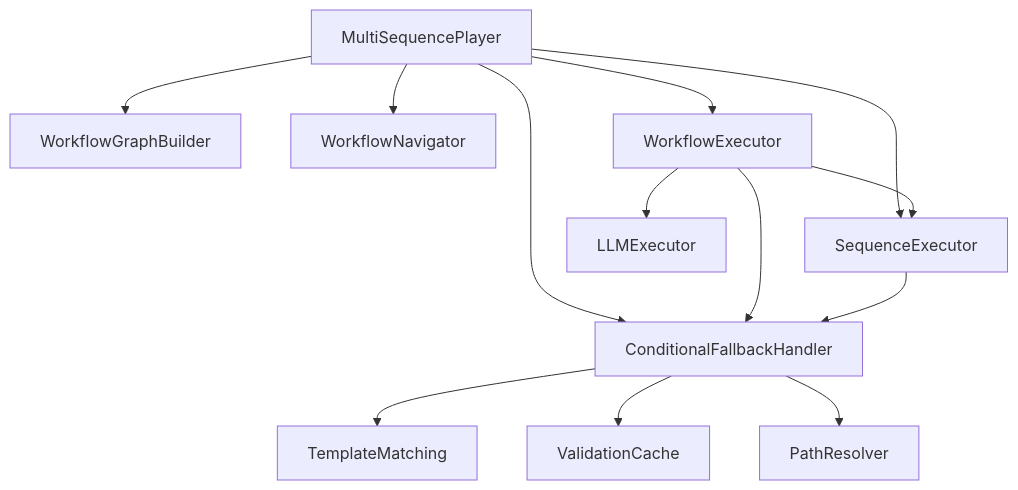
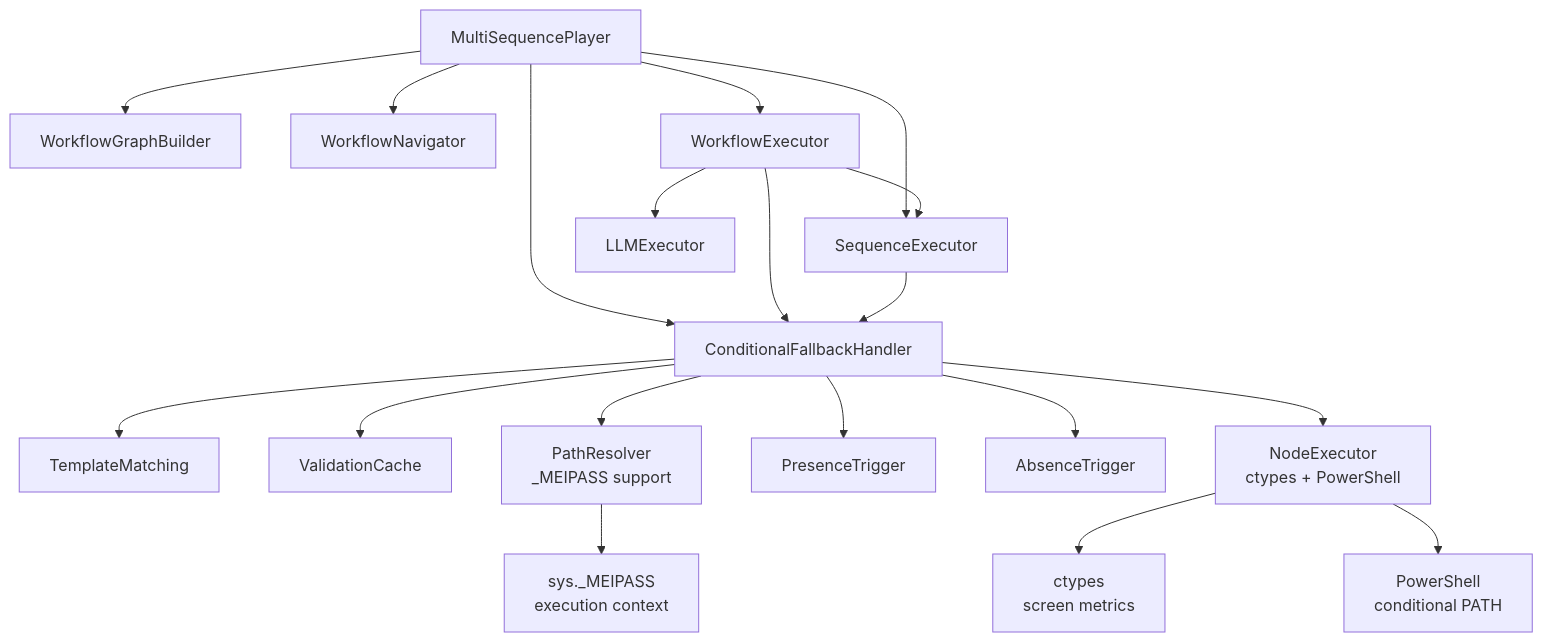
Before and after one commit to RodrigoBenitez343/Arrow: the tenth of 10 diagrams in .qoder/repowiki/en/content/Playback Engine/Multi-Sequence Player.md, drawn with Mermaid. The commit also changed other lines of this file and 53 other files, not shown here.

````diff
--- a/.qoder/repowiki/en/content/Playback Engine/Multi-Sequence Player.md
+++ b/.qoder/repowiki/en/content/Playback Engine/Multi-Sequence Player.md
@@ -299,15 +446,21 @@
 ```mermaid
 graph TB
 MSP["MultiSequencePlayer"] --> WGB["WorkflowGraphBuilder"]
 MSP --> WFN["WorkflowNavigator"]
 MSP --> WFEX["WorkflowExecutor"]
 MSP --> SEQEX["SequenceExecutor"]
 MSP --> CFH["ConditionalFallbackHandler"]
 WFEX --> SEQEX
 WFEX --> CFH
 WFEX --> LLMEX["LLMExecutor"]
 SEQEX --> CFH
 CFH --> TM["TemplateMatching"]
 CFH --> VC["ValidationCache"]
-CFH --> PR["PathResolver"]
+CFH --> PR["PathResolver<br/>_MEIPASS support"]
+CFH --> PT["PresenceTrigger"]
+CFH --> AT["AbsenceTrigger"]
+CFH --> NE["NodeExecutor<br/>ctypes + PowerShell"]
+PR --> SYS["sys._MEIPASS<br/>execution context"]
+NE --> CTYPES["ctypes<br/>screen metrics"]
+NE --> PS["PowerShell<br/>conditional PATH"]
 ```
````
